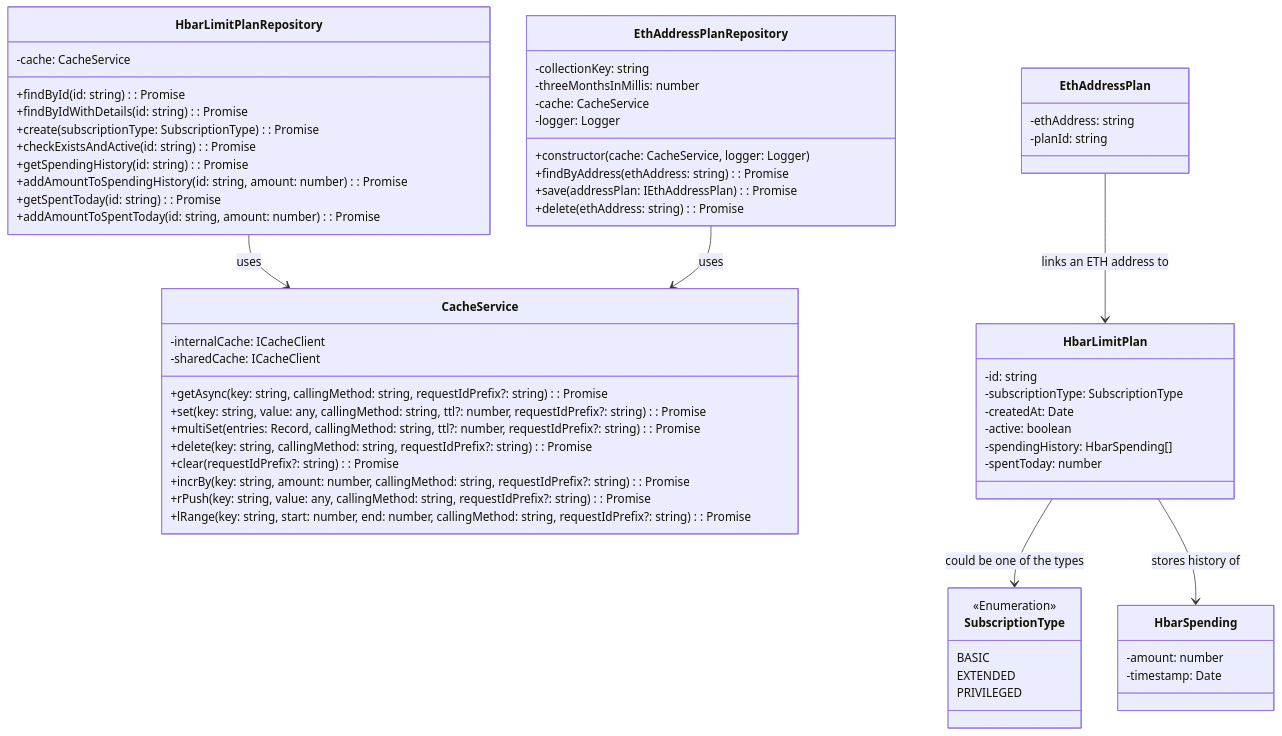
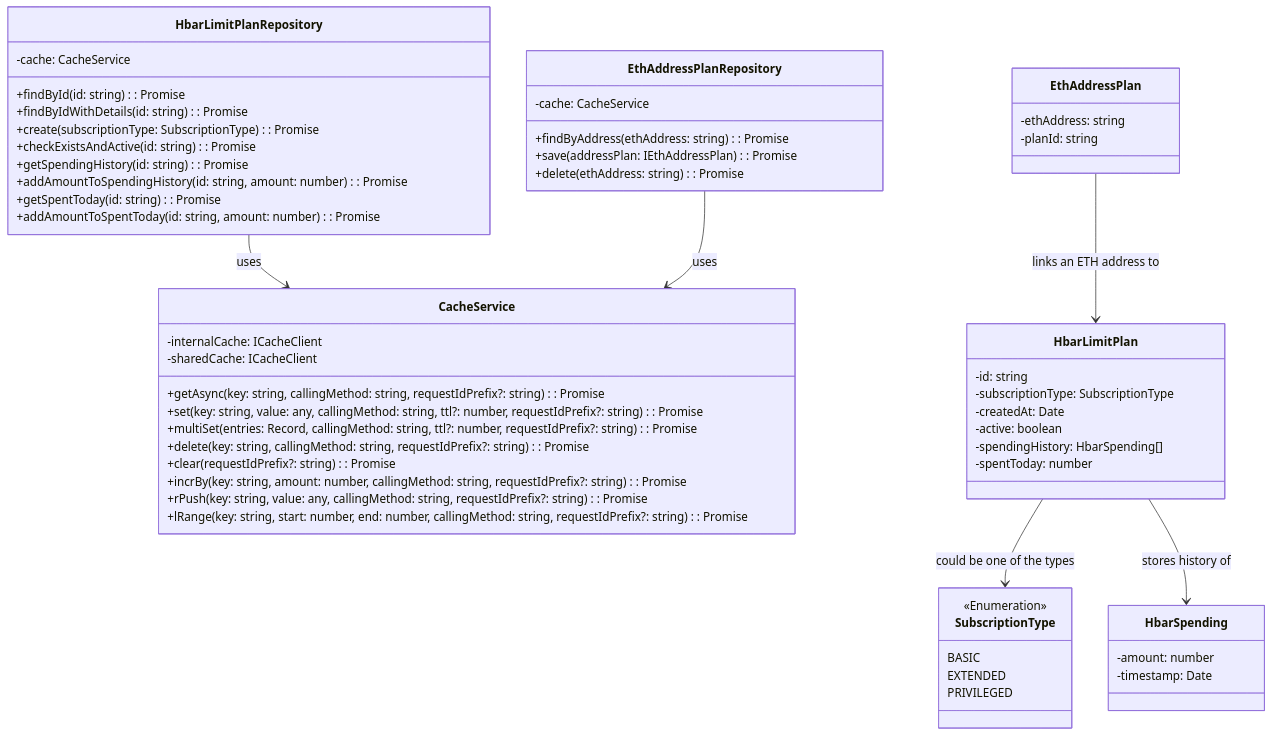
The diagram in packages/relay/src/lib/db/entities/hbarLimiter/UML-diagram.md (hashgraph/hedera-json-rpc-relay), drawn with Mermaid before and after one commit.

Commit message:
chore: simplify UML-diagram.md

````diff
--- a/packages/relay/src/lib/db/entities/hbarLimiter/UML-diagram.md
+++ b/packages/relay/src/lib/db/entities/hbarLimiter/UML-diagram.md
@@ -1,72 +1,68 @@
 ```mermaid
 classDiagram
     class CacheService {
         -internalCache: ICacheClient
         -sharedCache: ICacheClient
         +getAsync<T>(key: string, callingMethod: string, requestIdPrefix?: string): Promise<T>
         +set(key: string, value: any, callingMethod: string, ttl?: number, requestIdPrefix?: string): Promise<void>
         +multiSet(entries: Record<string, any>, callingMethod: string, ttl?: number, requestIdPrefix?: string): Promise<void>
         +delete(key: string, callingMethod: string, requestIdPrefix?: string): Promise<void>
         +clear(requestIdPrefix?: string): Promise<void>
         +incrBy(key: string, amount: number, callingMethod: string, requestIdPrefix?: string): Promise<number>
         +rPush(key: string, value: any, callingMethod: string, requestIdPrefix?: string): Promise<number>
         +lRange<T>(key: string, start: number, end: number, callingMethod: string, requestIdPrefix?: string): Promise<T[]>
     }
 
     class HbarLimitPlan {
         -id: string
         -subscriptionType: SubscriptionType
         -createdAt: Date
         -active: boolean
         -spendingHistory: HbarSpending[]
         -spentToday: number
     }
 
     class EthAddressPlan {
         -ethAddress: string
         -planId: string
     }
 
     class HbarSpending {
         -amount: number
         -timestamp: Date
     }
 
     class HbarLimitPlanRepository {
         -cache: CacheService
         +findById(id: string): Promise<IHbarLimitPlan>
         +findByIdWithDetails(id: string): Promise<IDetailedHbarLimitPlan>
         +create(subscriptionType: SubscriptionType): Promise<IDetailedHbarLimitPlan>
         +checkExistsAndActive(id: string): Promise<void>
         +getSpendingHistory(id: string): Promise<IHbarSpending[]>
         +addAmountToSpendingHistory(id: string, amount: number): Promise<number>
         +getSpentToday(id: string): Promise<number>
         +addAmountToSpentToday(id: string, amount: number): Promise<void>
     }
 
     class EthAddressPlanRepository {
-        -collectionKey: string
-        -threeMonthsInMillis: number
         -cache: CacheService
-        -logger: Logger
-        +constructor(cache: CacheService, logger: Logger)
         +findByAddress(ethAddress: string): Promise<IEthAddressPlan>
         +save(addressPlan: IEthAddressPlan): Promise<void>
         +delete(ethAddress: string): Promise<void>
     }
 
     class SubscriptionType
     <<Enumeration>> SubscriptionType
     SubscriptionType : BASIC
     SubscriptionType : EXTENDED
     SubscriptionType : PRIVILEGED
 
     HbarLimitPlan --> SubscriptionType : could be one of the types
     HbarLimitPlan --> HbarSpending : stores history of
 
     EthAddressPlan --> HbarLimitPlan : links an ETH address to
 
     HbarLimitPlanRepository --> CacheService : uses
 
     EthAddressPlanRepository --> CacheService : uses
 ```
````
